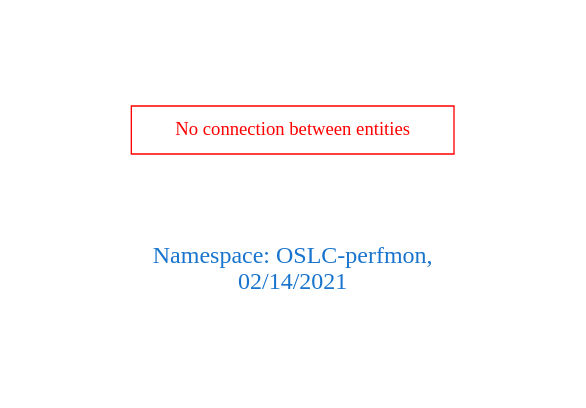
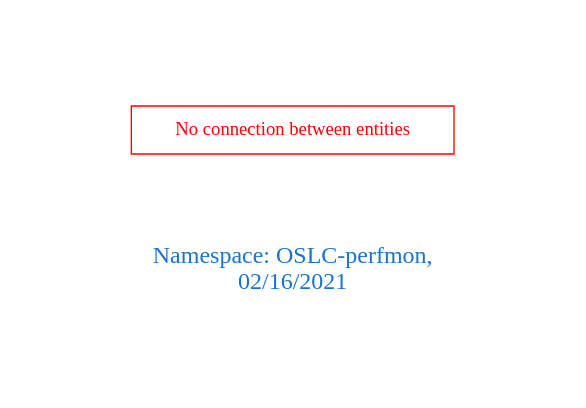
The diagram in downloads/OSLC-perfmon.dot (arago/OGIT), drawn with Graphviz before and after one commit. The commit also changed 1855 other files, not shown here.

```diff
--- a/downloads/OSLC-perfmon.dot
+++ b/downloads/OSLC-perfmon.dot
@@ -1,9 +1,9 @@
 digraph OGIT_ontology {
  graph [ rankdir= LR,pad=1 
 fontsize = 18,
-fontcolor= dodgerblue3,label = "\n\n\nNamespace: OSLC-perfmon, \n 02/14/2021"];
+fontcolor= dodgerblue3,label = "\n\n\nNamespace: OSLC-perfmon, \n 02/16/2021"];
 node[shape=polygon];
 edge [  color="gray81"];
 
 "No connection between entities" [fontcolor = "red",color="red", shape="polygon"]
 }
```
